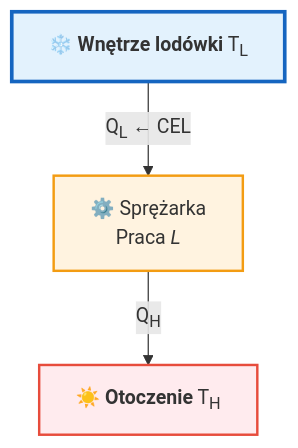
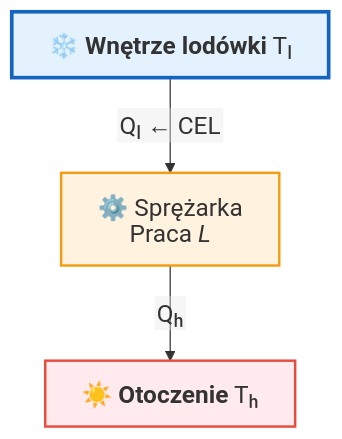
The third of 4 diagrams in Wyklady/11_Chlodnictwo.qmd (moondec/Termodynamika), drawn with Mermaid before and after one commit. The commit also changed other lines of this file and 84 other files, not shown here.

First line of the commit message:
Wykłady: diagramy mermaid bez ucinania i dopasowane do slajdów

````diff
--- a/Wyklady/11_Chlodnictwo.qmd
+++ b/Wyklady/11_Chlodnictwo.qmd
@@ -653,16 +659,16 @@
 ```{mermaid}
 %%| fig-align: center
-%%| fig-width: 5
 
-%%{init: {'theme': 'default', 'flowchart': { 'useMaxWidth': false, 'htmlLabels': true }, 'themeVariables': { 'fontSize': '16px', 'fontFamily': 'sans-serif' }}}%%
+%%{init: {'theme': 'default', 'flowchart': {'htmlLabels': false, 'wrappingWidth': 400, 'subGraphTitleMargin': {'top': 6, 'bottom': 16}}, 'themeVariables': {'fontSize': '20px', 'fontFamily': 'Arial, Helvetica, sans-serif'}, 'htmlLabels': false}}%%
 flowchart TD
-    TH["☀️ <b>Otoczenie</b> T<sub>H</sub>"] 
-    TL["❄️ <b>Wnętrze lodówki</b> T<sub>L</sub>"]
-    M["⚙️ Sprężarka<br>Praca <em>L</em>"]
-    TL -->|"Q<sub>L</sub> ← CEL"| M
-    M -->|"Q<sub>H</sub>"| TH
+    TH["`☀️ **Otoczenie** Tₕ`"] 
+    TL["`❄️ **Wnętrze lodówki** Tₗ`"]
+    M["`⚙️ Sprężarka
+Praca *L*`"]
+    TL -->|"Qₗ ← CEL"| M
+    M -->|"Qₕ"| TH
     
     style TH fill:#ffebee,stroke:#e74c3c,stroke-width:2px
     style TL fill:#e3f2fd,stroke:#1565c0,stroke-width:3px
     style M fill:#fff3e0,stroke:#f39c12,stroke-width:2px
 ```
````
